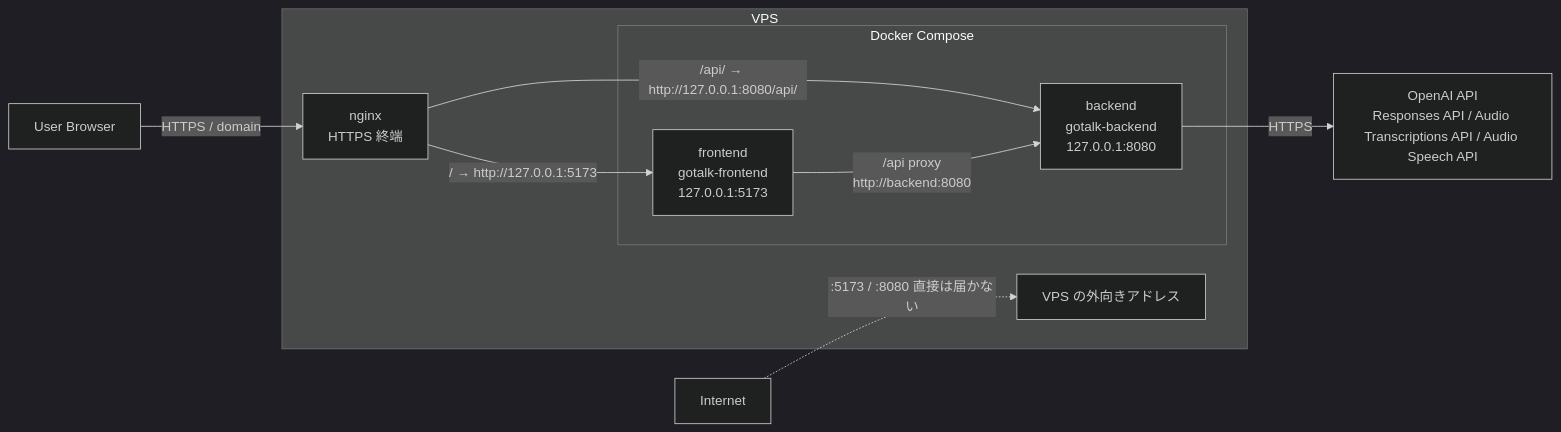
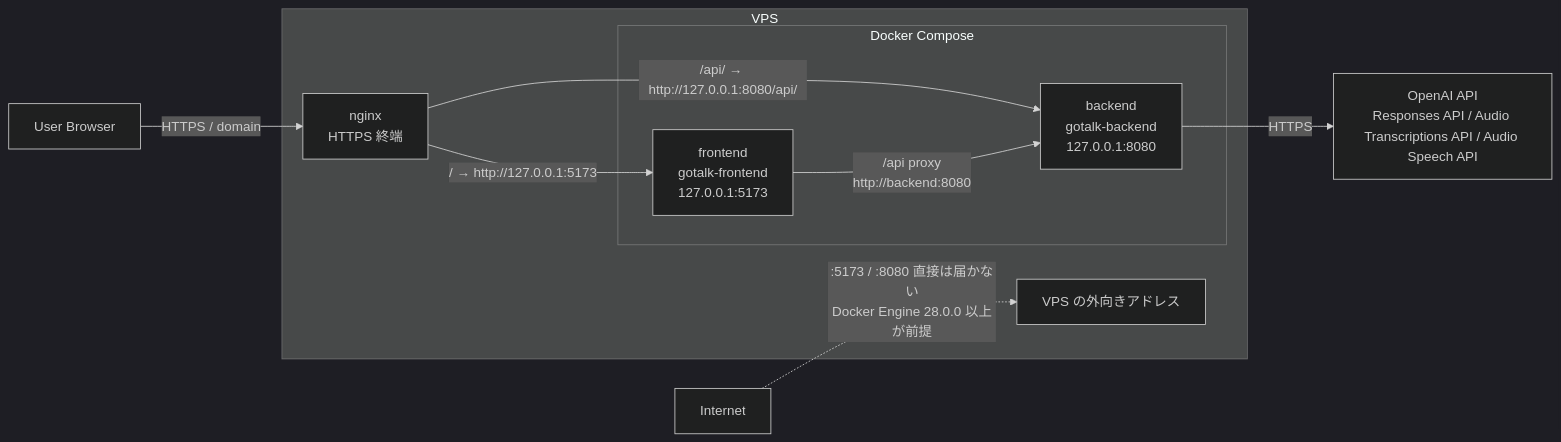
One commit to shin-arita/gotalk changed the diagram in docs/infrastructure.md. Above: the diagram before and after it, drawn with Mermaid (dark theme). The commit also changed other lines of this file and 5 other files, not shown here.

First line of the commit message:
docs: ポートの公開範囲の前提（Docker Engine 28.0.0 以上、ufw）と実機確認の方法を追記

````diff
--- a/docs/infrastructure.md
+++ b/docs/infrastructure.md
@@ -45,18 +45,18 @@
 ```mermaid
 flowchart LR
   User[User Browser] -->|HTTPS / domain| Nginx[nginx<br/>HTTPS 終端]
-  Internet[Internet] -.->|:5173 / :8080 直接は届かない| VPSHost[VPS の外向きアドレス]
+  Internet[Internet] -.->|:5173 / :8080 直接は届かない<br/>Docker Engine 28.0.0 以上が前提| VPSHost[VPS の外向きアドレス]
   Nginx -->|/ → http://127.0.0.1:5173| Frontend[frontend<br/>gotalk-frontend<br/>127.0.0.1:5173]
   Nginx -->|/api/ → http://127.0.0.1:8080/api/| Backend[backend<br/>gotalk-backend<br/>127.0.0.1:8080]
   Frontend -->|/api proxy<br/>http://backend:8080| Backend
   Backend -->|HTTPS| OpenAI[OpenAI API<br/>Responses API / Audio Transcriptions API / Audio Speech API]
 
   subgraph VPS[VPS]
     Nginx
     VPSHost
     subgraph Compose[Docker Compose]
       Frontend
       Backend
     end
   end
 ```
````
